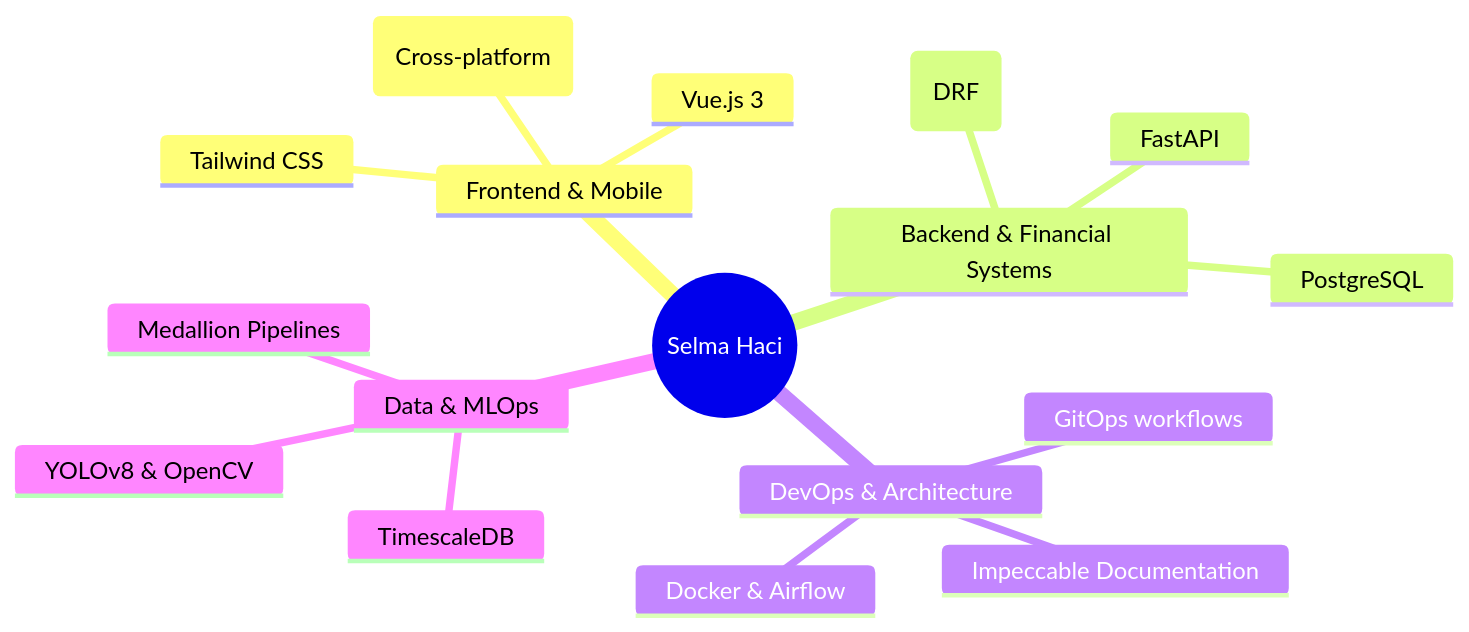
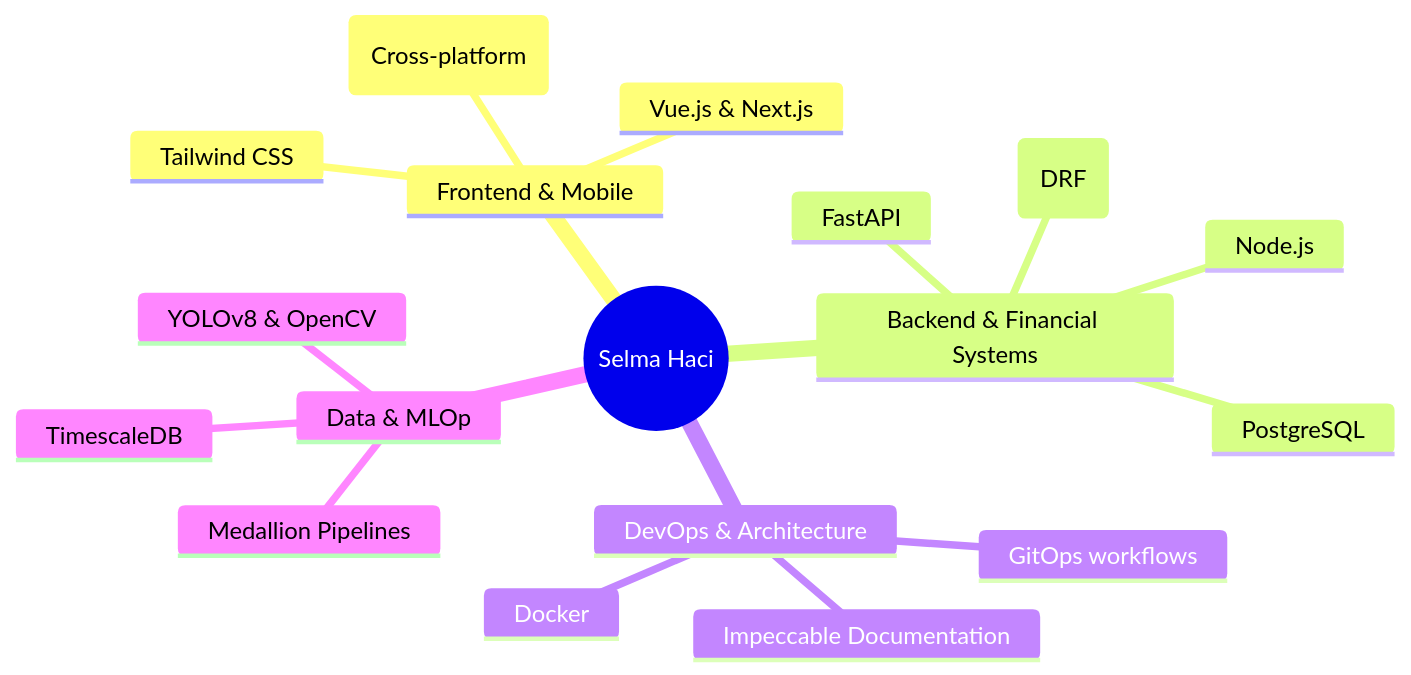
The first of 2 diagrams in README.md (selmahacii/selmahacii), drawn with Mermaid before and after one commit.

````diff
--- a/README.md
+++ b/README.md
@@ -11,20 +11,21 @@
 ```mermaid
 mindmap
   root((Selma Haci))
     Frontend & Mobile
-      Vue.js 3
+      Vue.js & Next.js 
       Flutter (Cross-platform)
       Tailwind CSS
     Backend & Financial Systems
+      Node.js
       Django Rest Framework (DRF)
       FastAPI
       PostgreSQL
     DevOps & Architecture
       GitOps workflows
-      Docker & Airflow
+      Docker 
       Impeccable Documentation
-    Data & MLOps
+    Data & MLOp
       YOLOv8 & OpenCV
       TimescaleDB
       Medallion Pipelines
 ```
````
